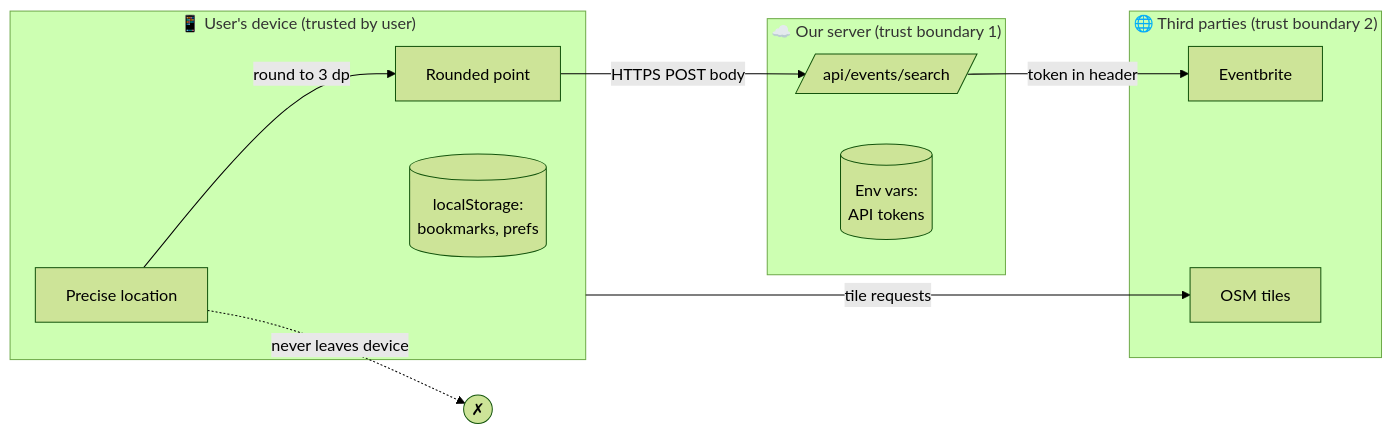
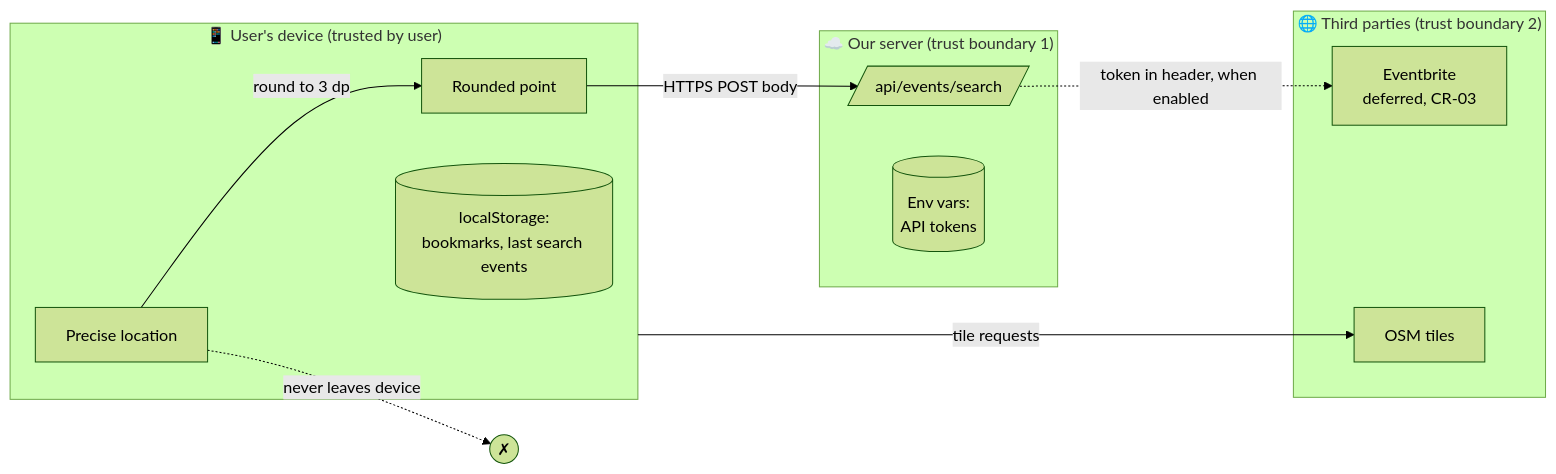
Before and after one commit to hiiew/events-near-me: the first of 2 diagrams in docs/03-design/security-privacy.md, drawn with Mermaid (forest theme). The commit also changed other lines of this file and 14 other files, not shown here.

````diff
--- a/docs/03-design/security-privacy.md
+++ b/docs/03-design/security-privacy.md
@@ -26,19 +26,19 @@
 ```mermaid
 flowchart LR
     subgraph Device["📱 User's device (trusted by user)"]
         GEO[Precise location] -->|round to 3 dp| RP[Rounded point]
-        LS[(localStorage:<br/>bookmarks, prefs)]
+        LS[(localStorage:<br/>bookmarks, last search events)]
     end
     subgraph Vercel["☁️ Our server (trust boundary 1)"]
         API[/api/events/search/]
         ENV[(Env vars:<br/>API tokens)]
     end
     subgraph ThirdParty["🌐 Third parties (trust boundary 2)"]
-        EB[Eventbrite]
+        EB[Eventbrite<br/>deferred, CR-03]
         OSM[OSM tiles]
     end
     RP -->|HTTPS POST body| API
-    API -->|token in header| EB
+    API -.->|token in header, when enabled| EB
     Device -->|tile requests| OSM
     GEO -.->|never leaves device| X((✗))
 ```
````
